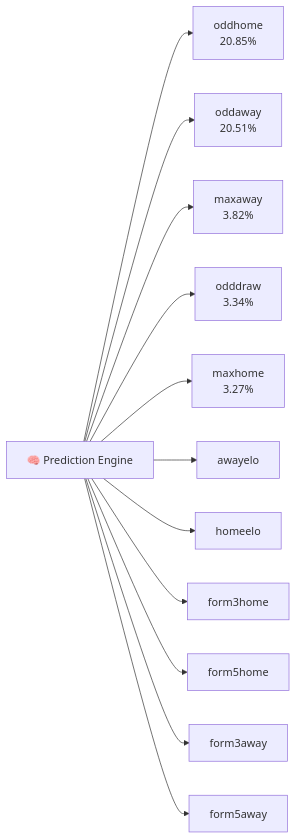
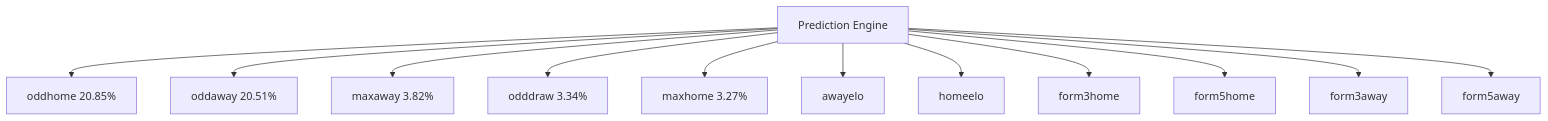
Before and after one commit to sai-ganesh-4539/StatVault: the second of 8 diagrams in Match_Prediction_Intelligence.md, drawn with Mermaid. The commit also changed other lines of this file, not shown here.

````diff
--- a/Match_Prediction_Intelligence.md
+++ b/Match_Prediction_Intelligence.md
@@ -160,21 +103,21 @@
 ```mermaid
-graph LR
+graph TD
 
-A["🧠 Prediction Engine"]
+A[Prediction Engine]
 
-A --> B["oddhome<br>20.85%"]
-A --> C["oddaway<br>20.51%"]
+A --> B[oddhome 20.85%]
+A --> C[oddaway 20.51%]
 
-A --> D["maxaway<br>3.82%"]
-A --> E["odddraw<br>3.34%"]
-A --> F["maxhome<br>3.27%"]
+A --> D[maxaway 3.82%]
+A --> E[odddraw 3.34%]
+A --> F[maxhome 3.27%]
 
-A --> G["awayelo"]
-A --> H["homeelo"]
+A --> G[awayelo]
+A --> H[homeelo]
 
-A --> I["form3home"]
-A --> J["form5home"]
+A --> I[form3home]
+A --> J[form5home]
 
-A --> K["form3away"]
-A --> L["form5away"]
+A --> K[form3away]
+A --> L[form5away]
 ```
````
